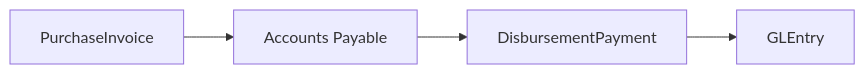
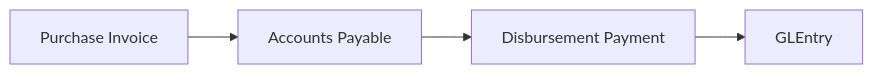
Before and after one commit to mmcodesso/greenfield_database: the fifth of 7 diagrams in docs/processes/p2p.md, drawn with Mermaid. The commit also changed other lines of this file and 6 other files, not shown here.

````diff
--- a/docs/processes/p2p.md
+++ b/docs/processes/p2p.md
@@ -180,9 +174,9 @@
 ```mermaid
 flowchart LR
-    PI[PurchaseInvoice]
+    PI[Purchase Invoice]
     AP[Accounts Payable]
-    DP[DisbursementPayment]
+    DP[Disbursement Payment]
     GL[GLEntry]
 
     PI --> AP --> DP --> GL
 ```
````
